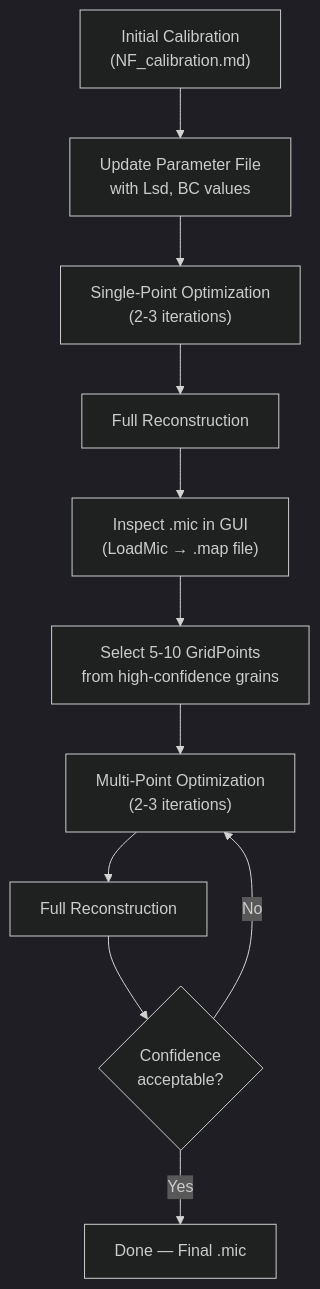
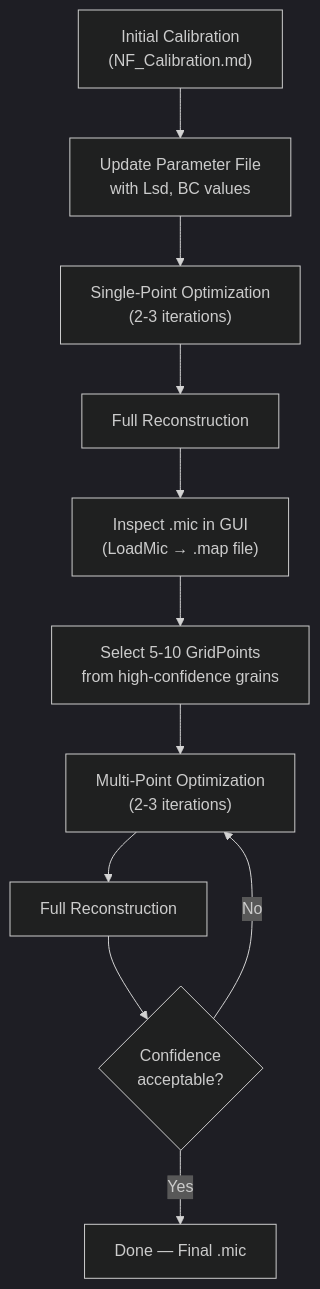
One commit to marinerhemant/MIDAS changed the third of 3 diagrams in manuals/NF_Analysis.md. Above: the diagram before and after it, drawn with Mermaid (dark theme). The commit also changed other lines of this file and 21 other files, not shown here.

````diff
--- a/manuals/NF_Analysis.md
+++ b/manuals/NF_Analysis.md
@@ -243,13 +243,13 @@
 ```mermaid
 graph TD
-    A["Initial Calibration<br>(NF_calibration.md)"] --> B["Update Parameter File<br>with Lsd, BC values"]
+    A["Initial Calibration<br>(NF_Calibration.md)"] --> B["Update Parameter File<br>with Lsd, BC values"]
     B --> C["Single-Point Optimization<br>(2-3 iterations)"]
     C --> D["Full Reconstruction"]
     D --> E["Inspect .mic in GUI<br>(LoadMic → .map file)"]
     E --> F["Select 5-10 GridPoints<br>from high-confidence grains"]
     F --> G["Multi-Point Optimization<br>(2-3 iterations)"]
     G --> H["Full Reconstruction"]
     H --> I{"Confidence<br>acceptable?"}
     I -->|No| G
     I -->|Yes| J["Done — Final .mic"]
 ```
````
